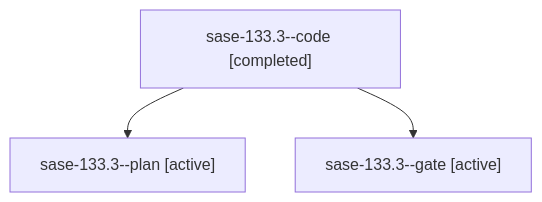
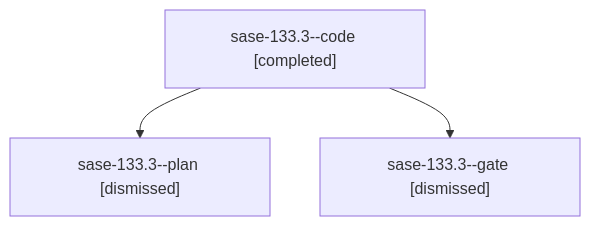
Before and after one commit to sase-org/sase--agents: the diagram in sessions/bbugyi200.athena.sase-133.3.md, drawn with Mermaid. The commit also changed other lines of this file and 118 other files, not shown here.

````diff
--- a/sessions/bbugyi200.athena.sase-133.3.md
+++ b/sessions/bbugyi200.athena.sase-133.3.md
@@ -9,8 +9,8 @@
 ```mermaid
 flowchart TD
   n0["sase-133.3--code [completed]"]
-  n1["sase-133.3--plan [active]"]
+  n1["sase-133.3--plan [dismissed]"]
   n0 --> n1
-  n2["sase-133.3--gate [active]"]
+  n2["sase-133.3--gate [dismissed]"]
   n0 --> n2
 ```
````
